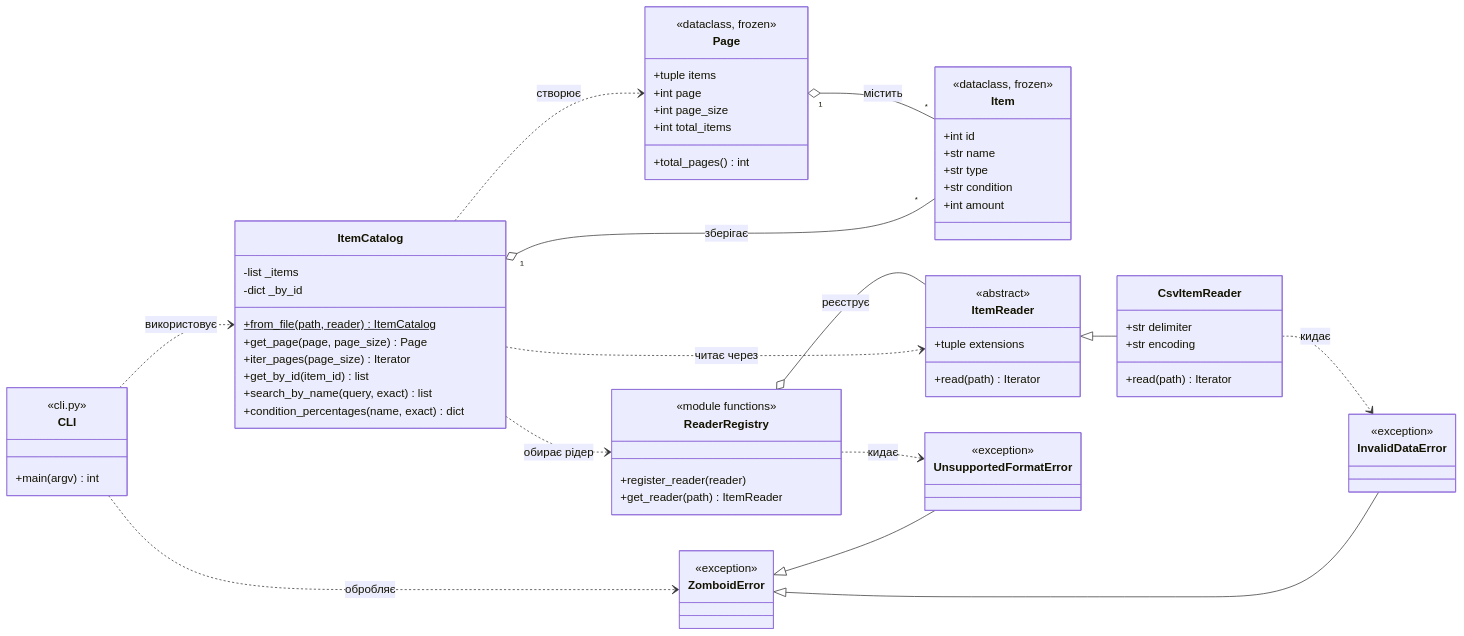
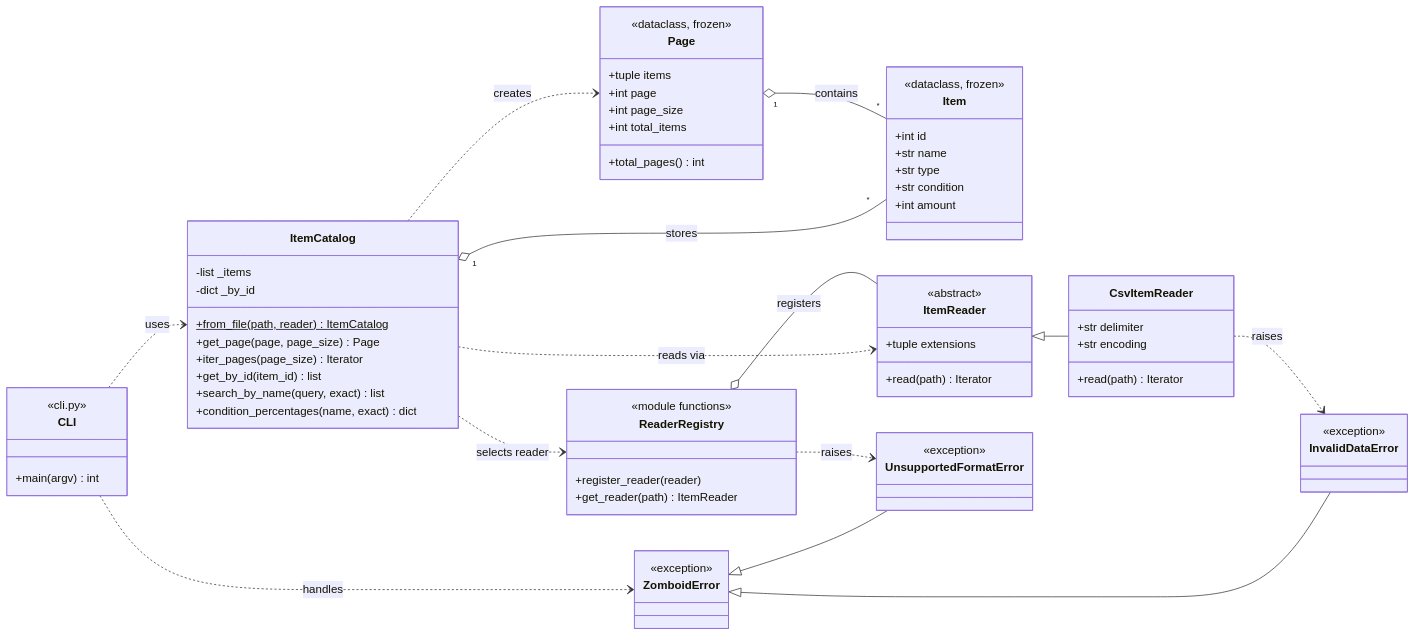
Before and after one commit to BesarabEgor/zomboid: the diagram in class-diagram.md, drawn with Mermaid. The commit also changed other lines of this file, not shown here.

Commit message:
Zomboid Accounting System

````diff
--- a/class-diagram.md
+++ b/class-diagram.md
@@ -3,81 +3,81 @@
 ```mermaid
 classDiagram
     direction LR
 
     class Item {
         <<dataclass, frozen>>
         +int id
         +str name
         +str type
         +str condition
         +int amount
     }
 
     class Page {
         <<dataclass, frozen>>
         +tuple items
         +int page
         +int page_size
         +int total_items
         +total_pages() int
     }
 
     class ItemReader {
         <<abstract>>
         +tuple extensions
         +read(path) Iterator
     }
 
     class CsvItemReader {
         +str delimiter
         +str encoding
         +read(path) Iterator
     }
 
     class ItemCatalog {
         -list _items
         -dict _by_id
         +from_file(path, reader)$ ItemCatalog
         +get_page(page, page_size) Page
         +iter_pages(page_size) Iterator
         +get_by_id(item_id) list
         +search_by_name(query, exact) list
         +condition_percentages(name, exact) dict
     }
 
     class ReaderRegistry {
         <<module functions>>
         +register_reader(reader)
         +get_reader(path) ItemReader
     }
 
     class ZomboidError {
         <<exception>>
     }
     class InvalidDataError {
         <<exception>>
     }
     class UnsupportedFormatError {
         <<exception>>
     }
 
     class CLI {
         <<cli.py>>
         +main(argv) int
     }
 
     ItemReader <|-- CsvItemReader
     ZomboidError <|-- InvalidDataError
     ZomboidError <|-- UnsupportedFormatError
 
-    ItemCatalog "1" o-- "*" Item : зберігає
-    Page "1" o-- "*" Item : містить
-    ItemCatalog ..> Page : створює
-    ItemCatalog ..> ReaderRegistry : обирає рідер
-    ItemCatalog ..> ItemReader : читає через
-    ReaderRegistry o-- ItemReader : реєструє
-    ReaderRegistry ..> UnsupportedFormatError : кидає
-    CsvItemReader ..> InvalidDataError : кидає
-    CLI ..> ItemCatalog : використовує
-    CLI ..> ZomboidError : обробляє
+    ItemCatalog "1" o-- "*" Item : stores
+    Page "1" o-- "*" Item : contains
+    ItemCatalog ..> Page : creates
+    ItemCatalog ..> ReaderRegistry : selects reader
+    ItemCatalog ..> ItemReader : reads via
+    ReaderRegistry o-- ItemReader : registers
+    ReaderRegistry ..> UnsupportedFormatError : raises
+    CsvItemReader ..> InvalidDataError : raises
+    CLI ..> ItemCatalog : uses
+    CLI ..> ZomboidError : handles
 ```
````
